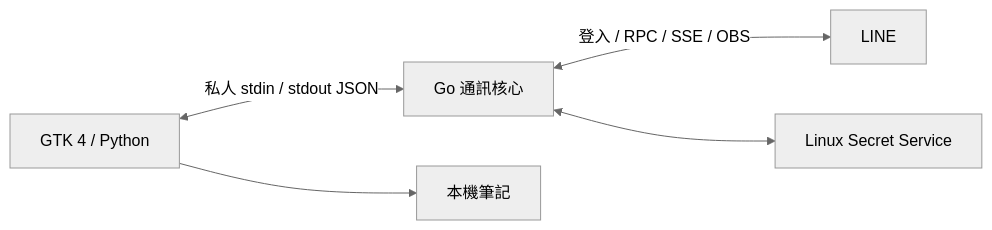
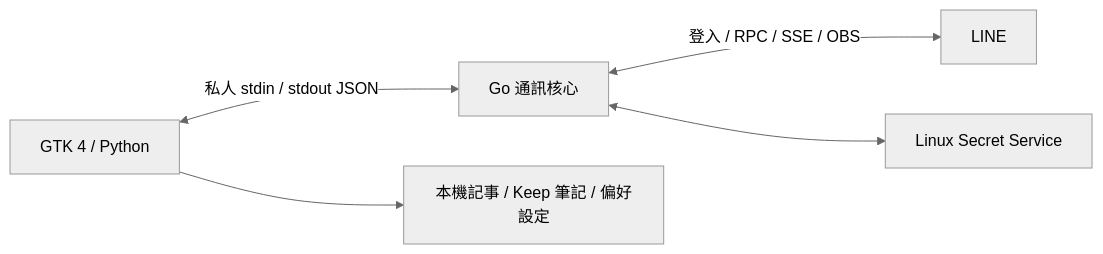
Before and after one commit to Elliot9/line-desktop: the diagram in docs/ARCHITECTURE.md, drawn with Mermaid (neutral theme). The commit also changed other lines of this file and 5 other files, not shown here.

````diff
--- a/docs/ARCHITECTURE.md
+++ b/docs/ARCHITECTURE.md
@@ -5,7 +5,7 @@
 ```mermaid
 flowchart LR
     A[GTK 4 / Python] <-->|私人 stdin / stdout JSON| B[Go 通訊核心]
     B <-->|登入 / RPC / SSE / OBS| C[LINE]
     B <--> D[Linux Secret Service]
-    A --> E[本機筆記]
+    A --> E[本機記事 / Keep 筆記 / 偏好設定]
 ```
````
